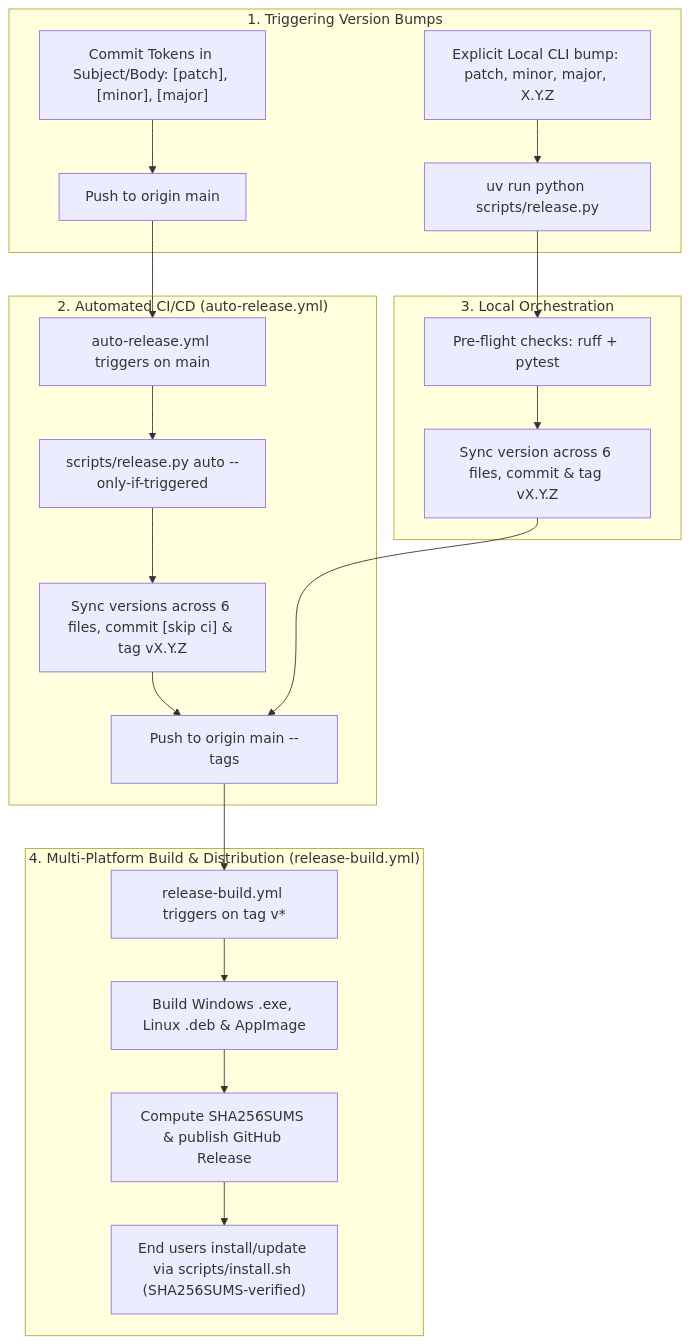
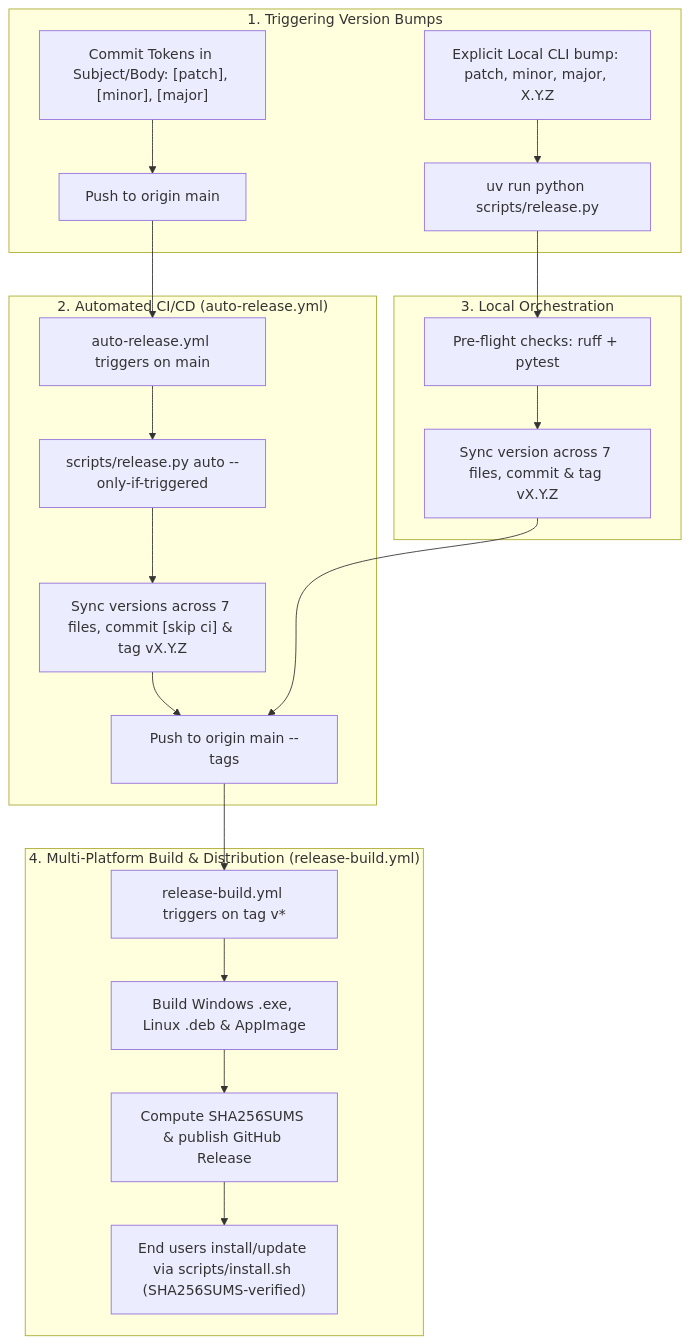
Before and after one commit to dishanagalawatta/SkillManager: the diagram in docs/RELEASING.md, drawn with Mermaid. The commit also changed other lines of this file and 3 other files, not shown here.

First line of the commit message:
fix: sync uv.lock version during release

````diff
--- a/docs/RELEASING.md
+++ b/docs/RELEASING.md
@@ -11,27 +11,27 @@
 ```mermaid
 flowchart TD
     subgraph "1. Triggering Version Bumps"
         A1["Commit Tokens in Subject/Body: [patch], [minor], [major]"] --> B["Push to origin main"]
         A2["Explicit Local CLI bump: patch, minor, major, X.Y.Z"] --> C["uv run python scripts/release.py"]
     end
 
     subgraph "2. Automated CI/CD (auto-release.yml)"
         B --> D["auto-release.yml triggers on main"]
         D --> E["scripts/release.py auto --only-if-triggered"]
-        E --> F["Sync versions across 6 files, commit [skip ci] & tag vX.Y.Z"]
+        E --> F["Sync versions across 7 files, commit [skip ci] & tag vX.Y.Z"]
         F --> G["Push to origin main --tags"]
     end
 
     subgraph "3. Local Orchestration"
         C --> H["Pre-flight checks: ruff + pytest"]
-        H --> I["Sync version across 6 files, commit & tag vX.Y.Z"]
+        H --> I["Sync version across 7 files, commit & tag vX.Y.Z"]
         I --> G
     end
 
     subgraph "4. Multi-Platform Build & Distribution (release-build.yml)"
         G --> J["release-build.yml triggers on tag v*"]
         J --> K["Build Windows .exe, Linux .deb & AppImage"]
         K --> L["Compute SHA256SUMS & publish GitHub Release"]
         L --> M["End users install/update via scripts/install.sh (SHA256SUMS-verified)"]
     end
 ```
````
